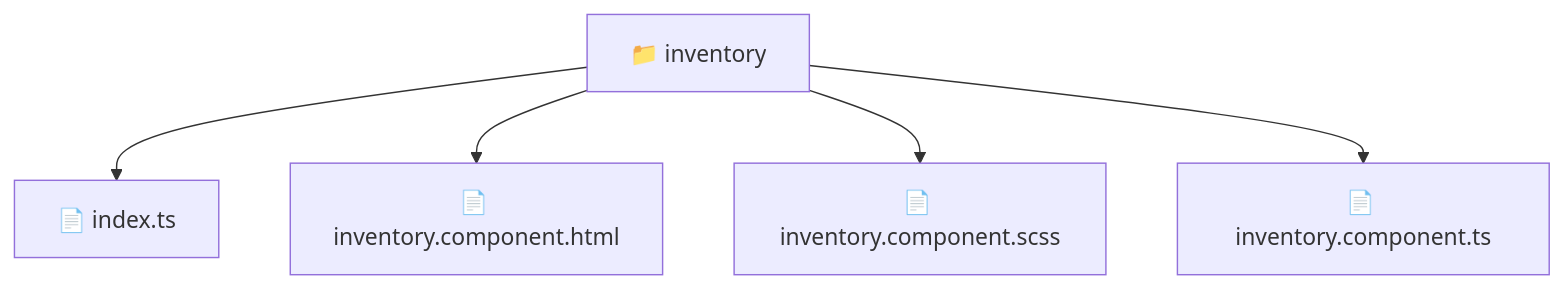
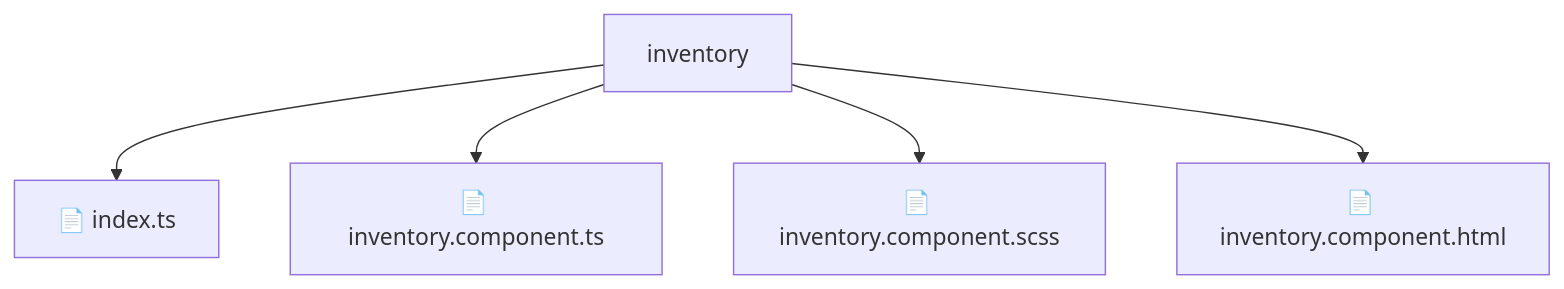
Before and after one commit to beginwebdev2002/fullstack-mavluda: the diagram in frontend/src/pages/inventory/README.md, drawn with Mermaid. The commit also changed other lines of this file and 155 other files, not shown here.

````diff
--- a/frontend/src/pages/inventory/README.md
+++ b/frontend/src/pages/inventory/README.md
@@ -10,8 +14,8 @@
 ```mermaid
 graph TD
-  Root["📁 inventory"]
-  Root --> indexts["📄 index.ts"]
-  Root --> inventorycomponenthtml["📄 inventory.component.html"]
-  Root --> inventorycomponentscss["📄 inventory.component.scss"]
-  Root --> inventorycomponentts["📄 inventory.component.ts"]
+    Root[inventory]
+    Root --> F0[📄 index.ts]
+    Root --> F1[📄 inventory.component.ts]
+    Root --> F2[📄 inventory.component.scss]
+    Root --> F3[📄 inventory.component.html]
 ```
````
